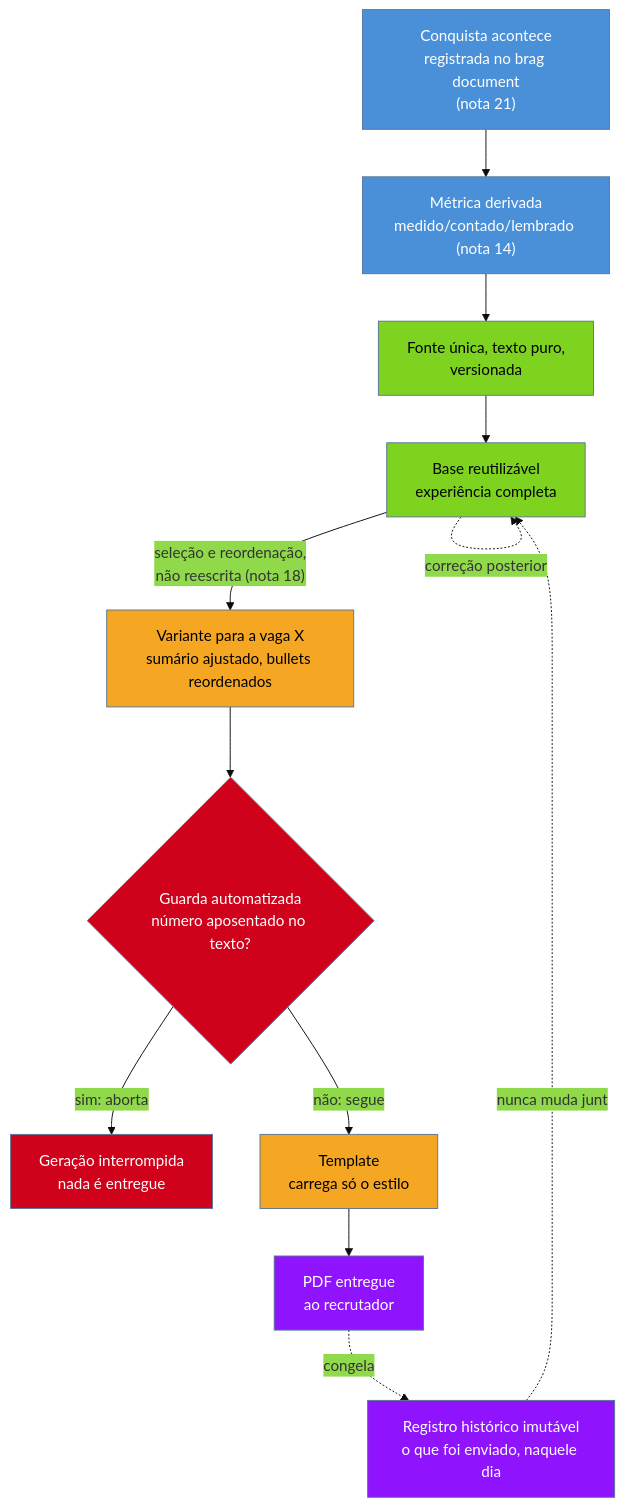
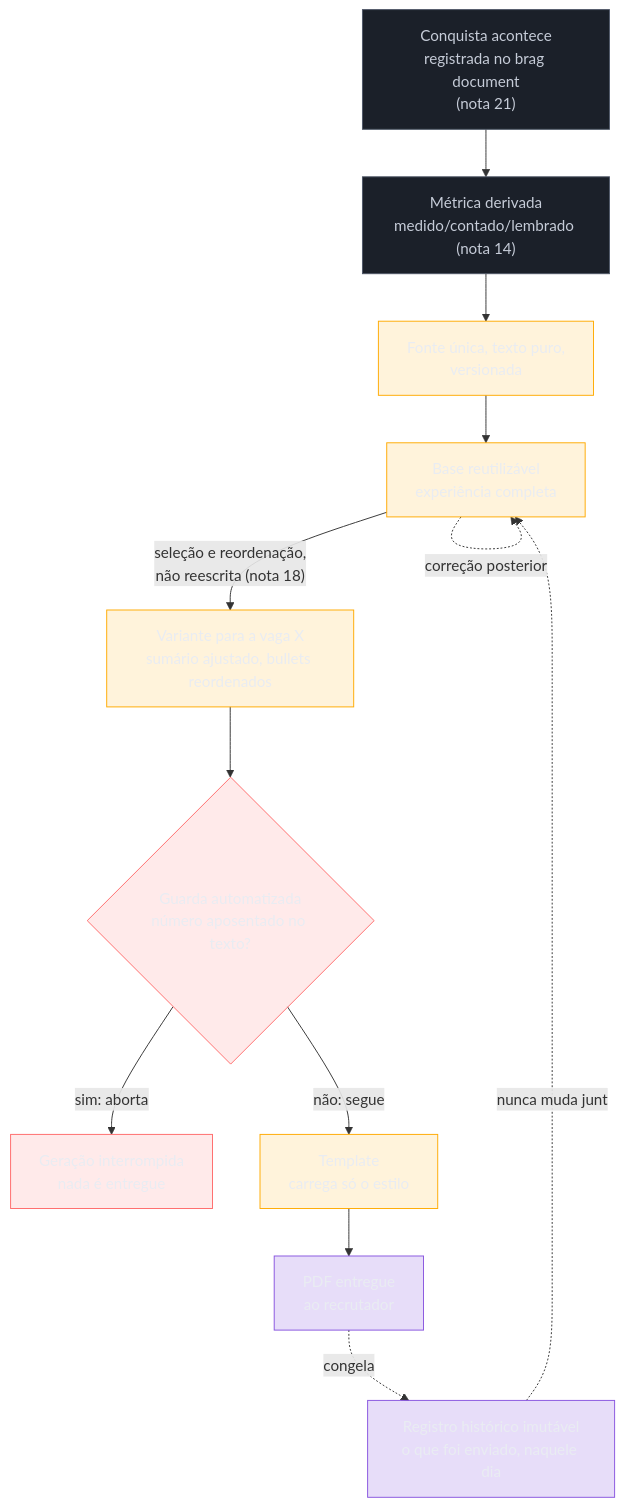
The diagram in 03-Dominios/Carreira/Currículo/22 - O currículo como pipeline.md (josenaldo/codex-technomanticus), drawn with Mermaid before and after one commit. The commit also changed 1181 other files, not shown here.

First line of the commit message:
fix(diagramas): paleta do sistema no lugar de cor cravada no markdown

````diff
--- a/03-Dominios/Carreira/Currículo/22 - O currículo como pipeline.md
+++ b/03-Dominios/Carreira/Currículo/22 - O currículo como pipeline.md
@@ -155,35 +155,38 @@
 ```mermaid
-%%{init: {"theme": "base", "themeVariables": {"primaryColor": "#4A90D9"}}}%%
 flowchart TD
+    classDef neutro fill:#1B2029,stroke:#4E5666,color:#C6CCD8
+    classDef destaque fill:#FFAA0024,stroke:#FFAA00,color:#E9ECF2
+    classDef falha fill:#FF6B6B24,stroke:#FF6B6B,color:#E9ECF2
+    classDef marca fill:#8855DF33,stroke:#8855DF,color:#E9ECF2
     Conquista["Conquista acontece<br/>registrada no brag document<br/>(nota 21)"] --> Deriv["Métrica derivada<br/>medido/contado/lembrado (nota 14)"]
 
     Deriv --> Fonte["Fonte única, texto puro,<br/>versionada"]
 
     Fonte --> Base["Base reutilizável<br/>experiência completa"]
 
     Base -->|"seleção e reordenação,<br/>não reescrita (nota 18)"| Var["Variante para a vaga X<br/>sumário ajustado, bullets reordenados"]
 
     Var --> Guarda{"Guarda automatizada<br/>número aposentado no texto?"}
 
     Guarda -->|"sim: aborta"| Bloqueio["Geração interrompida<br/>nada é entregue"]
 
     Guarda -->|"não: segue"| Template["Template<br/>carrega só o estilo"]
 
     Template --> PDF["PDF entregue<br/>ao recrutador"]
 
     PDF -.congela.-> Registro["Registro histórico imutável<br/>o que foi enviado, naquele dia"]
 
     Base -.correção posterior.-> Base
     Registro -.nunca muda junto.-> Base
 
-    style Conquista fill:#4A90D9,color:#fff
-    style Deriv fill:#4A90D9,color:#fff
-    style Fonte fill:#7ED321,color:#000
-    style Base fill:#7ED321,color:#000
-    style Var fill:#F5A623,color:#000
-    style Guarda fill:#D0021B,color:#fff
-    style Bloqueio fill:#D0021B,color:#fff
-    style Template fill:#F5A623,color:#000
-    style PDF fill:#9013FE,color:#fff
-    style Registro fill:#9013FE,color:#fff
+    class Conquista neutro
+    class Deriv neutro
+    class Fonte destaque
+    class Base destaque
+    class Var destaque
+    class Guarda falha
+    class Bloqueio falha
+    class Template destaque
+    class PDF marca
+    class Registro marca
 ```
````
